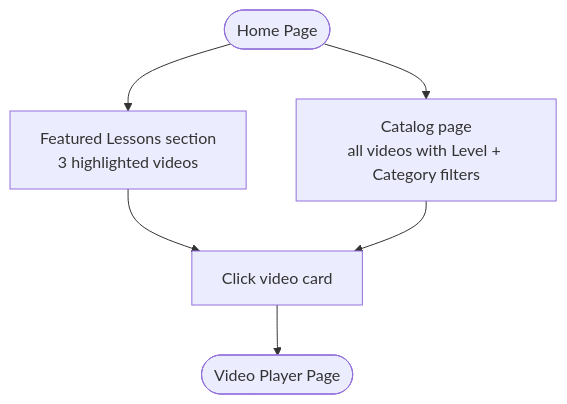
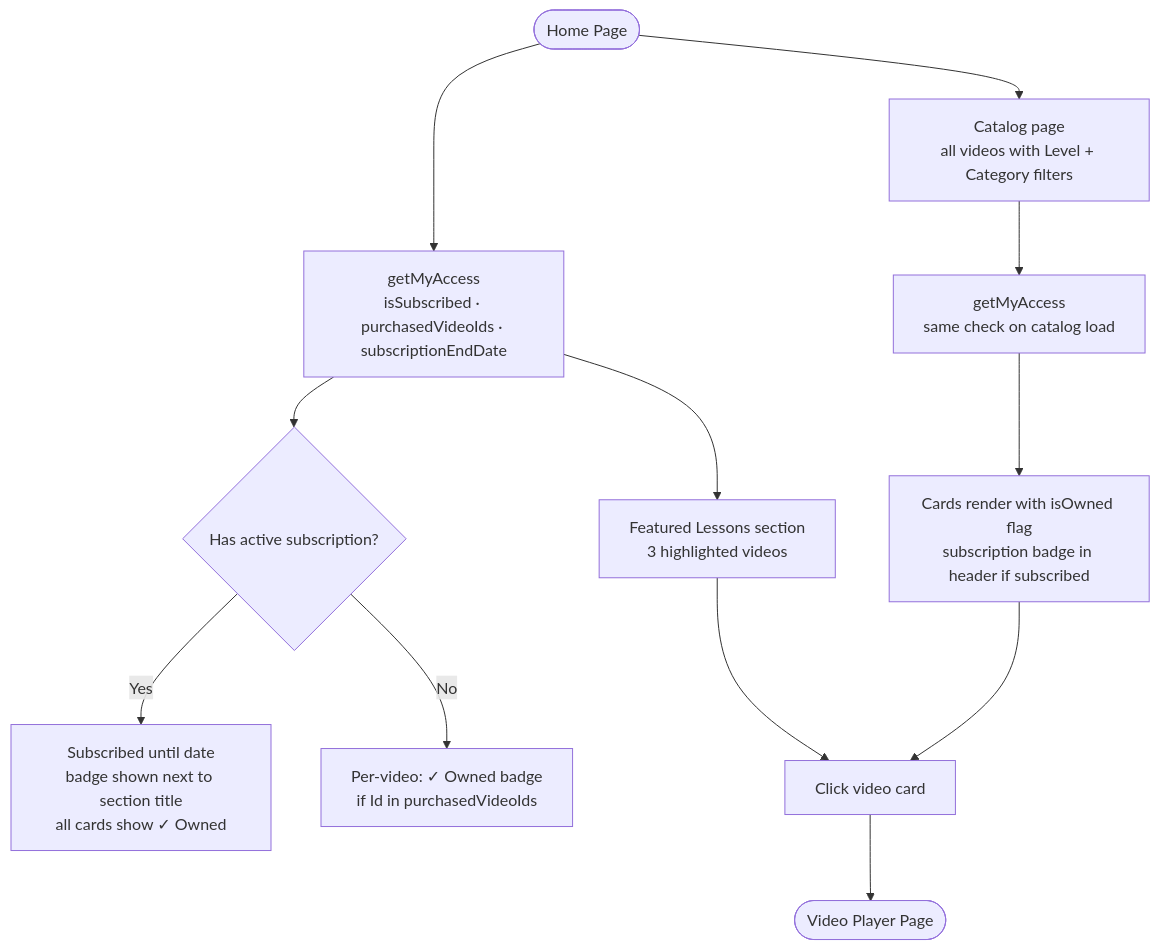
The second of 5 diagrams in docs/sales-flow.md (Athema/GuitarAcademy), drawn with Mermaid before and after one commit.

Commit message:
docs: add getMyAccess check to browsing & discovery flow
Featured lessons and catalog both call getMyAccess on load to show
owned badges per card and subscription label in the section header.

````diff
--- a/docs/sales-flow.md
+++ b/docs/sales-flow.md
@@ -26,10 +26,18 @@
 ```mermaid
 flowchart TD
-    F([Home Page]) --> H[Featured Lessons section\n3 highlighted videos]
-    F --> I[Catalog page\nall videos with Level + Category filters]
+    F([Home Page]) --> ACC[getMyAccess\nisSubscribed · purchasedVideoIds · subscriptionEndDate]
+
+    ACC --> H[Featured Lessons section\n3 highlighted videos]
+    ACC --> BADGE{Has active subscription?}
+    BADGE -- Yes --> SB[Subscribed until date\nbadge shown next to section title\nall cards show ✓ Owned]
+    BADGE -- No --> OB[Per-video: ✓ Owned badge\nif Id in purchasedVideoIds]
 
     H --> J[Click video card]
-    I --> J
+
+    F --> I[Catalog page\nall videos with Level + Category filters]
+    I --> ACC2[getMyAccess\nsame check on catalog load]
+    ACC2 --> I2[Cards render with isOwned flag\nsubscription badge in header if subscribed]
+    I2 --> J
 
     J --> K([Video Player Page])
 ```
````
